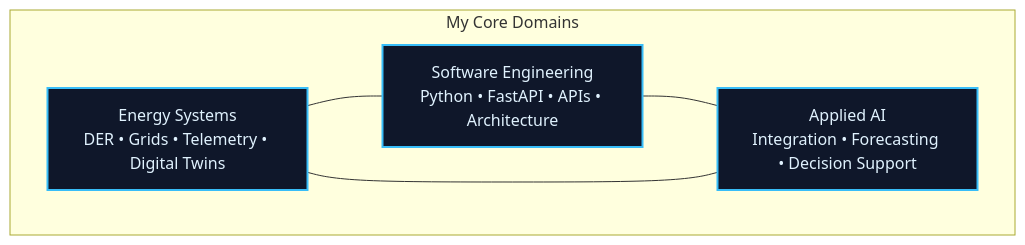
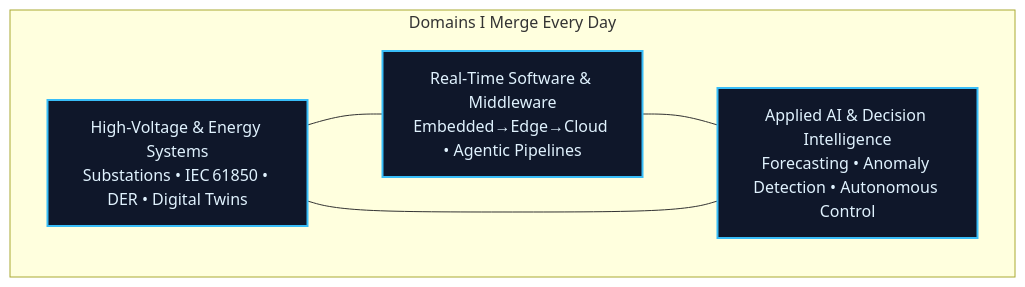
The diagram in README.md (iceccarelli/iceccarelli), drawn with Mermaid before and after one commit. The commit also changed other lines of this file, not shown here.

Commit message:
Revise README for clarity and focus on high-voltage systems

````diff
--- a/README.md
+++ b/README.md
@@ -39,16 +35,16 @@
 ```mermaid
 graph TD
-    subgraph "My Core Domains"
-        A[Energy Systems<br/>DER • Grids • Telemetry • Digital Twins]
-        B[Software Engineering<br/>Python • FastAPI • APIs • Architecture]
-        C[Applied AI<br/>Integration • Forecasting • Decision Support]
+    subgraph "Domains I Merge Every Day"
+        A[High‑Voltage & Energy Systems<br/>Substations • IEC 61850 • DER • Digital Twins]
+        B[Real‑Time Software & Middleware<br/>Embedded→Edge→Cloud • Agentic Pipelines]
+        C[Applied AI & Decision Intelligence<br/>Forecasting • Anomaly Detection • Autonomous Control]
     end
 
     A --- B
     B --- C
     A --- C
 
     style A fill:#0f172a,stroke:#38bdf8,stroke-width:2px,color:#e0f2fe
     style B fill:#0f172a,stroke:#38bdf8,stroke-width:2px,color:#e0f2fe
     style C fill:#0f172a,stroke:#38bdf8,stroke-width:2px,color:#e0f2fe
 ```
````
